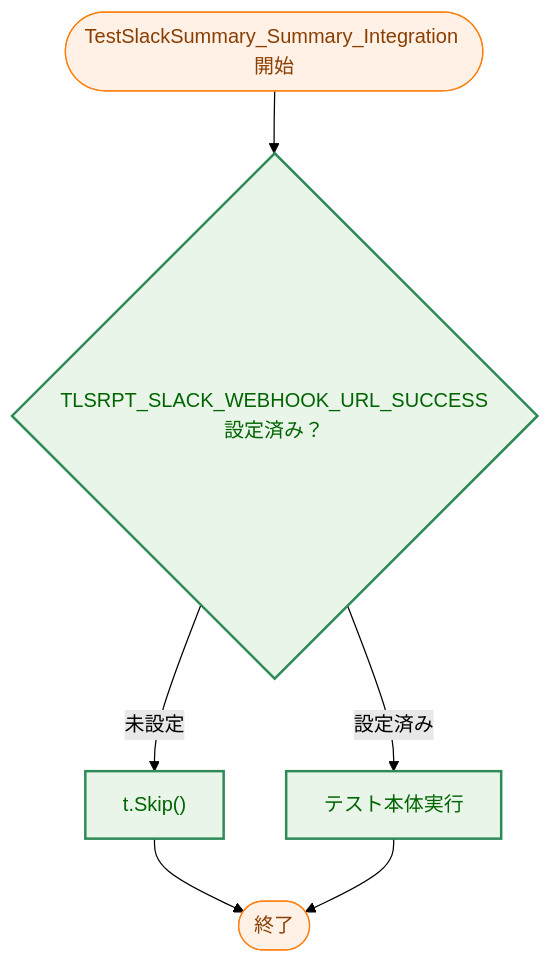
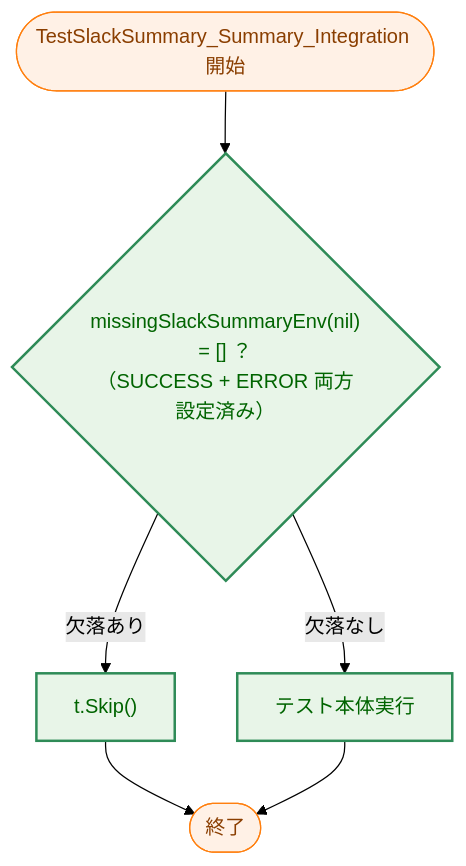
The fifth of 6 diagrams in docs/tasks/0102_slack_summary_integration/02_architecture.md (isseis/tlsrpt-digest), drawn with Mermaid (forest theme) before and after one commit. The commit also changed other lines of this file, not shown here.

Commit message:
docs(0102): fix §6.1 skip flowchart and §7.1 test table to require both webhook URLs

````diff
--- a/docs/tasks/0102_slack_summary_integration/02_architecture.md
+++ b/docs/tasks/0102_slack_summary_integration/02_architecture.md
@@ -268,18 +268,18 @@
 ```mermaid
 flowchart TD
     classDef process fill:#fff1e6,stroke:#ff7f0e,stroke-width:1px,color:#8a3e00;
     classDef enhanced fill:#e8f5e8,stroke:#2e8b57,stroke-width:2px,color:#006400;
 
     START(["TestSlackSummary_Summary_Integration 開始"])
-    CHECK{"TLSRPT_SLACK_WEBHOOK_URL_SUCCESS<br>設定済み？"}
+    CHECK{"missingSlackSummaryEnv(nil)<br>= [] ？<br>（SUCCESS + ERROR 両方設定済み）"}
     SKIP["t.Skip()"]
     RUN["テスト本体実行"]
     END(["終了"])
 
     START --> CHECK
-    CHECK -->|"未設定"| SKIP --> END
-    CHECK -->|"設定済み"| RUN --> END
+    CHECK -->|"欠落あり"| SKIP --> END
+    CHECK -->|"欠落なし"| RUN --> END
 
     class START,END process
     class CHECK,SKIP,RUN enhanced
 ```
````
